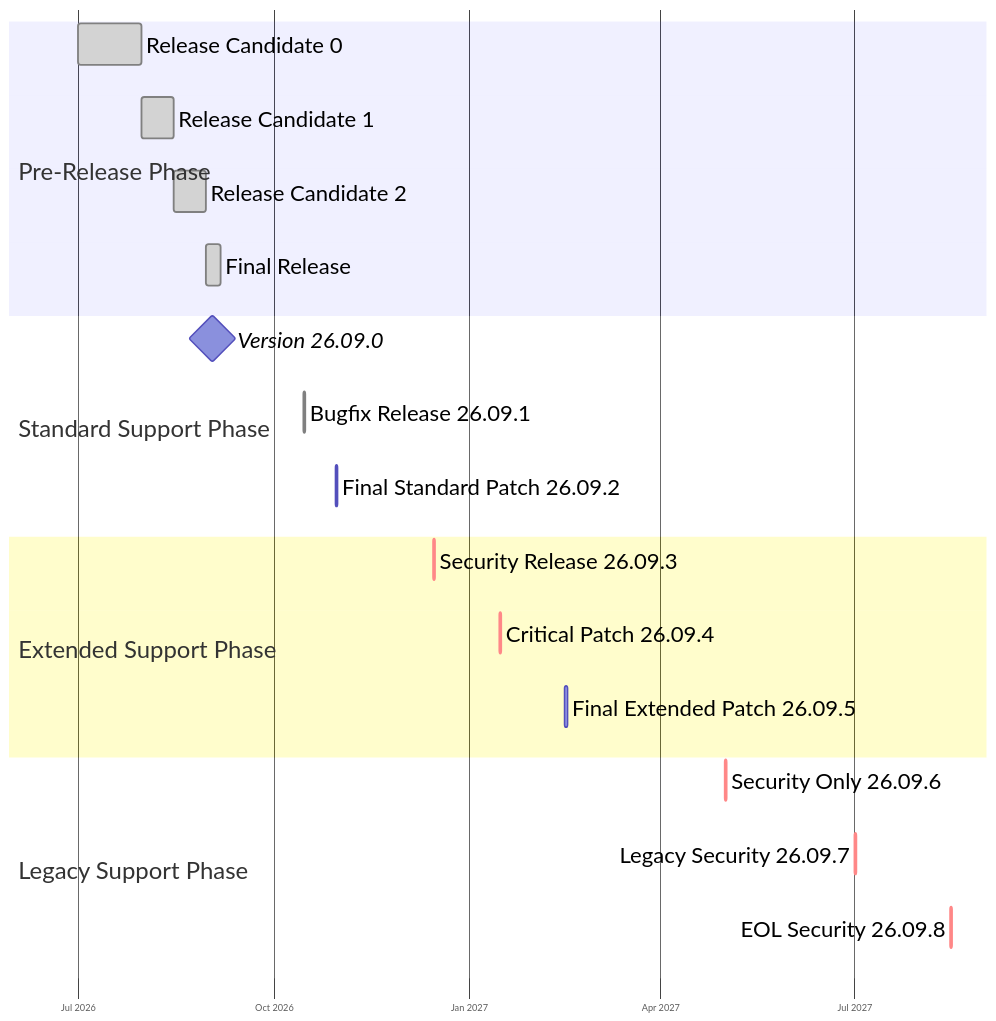
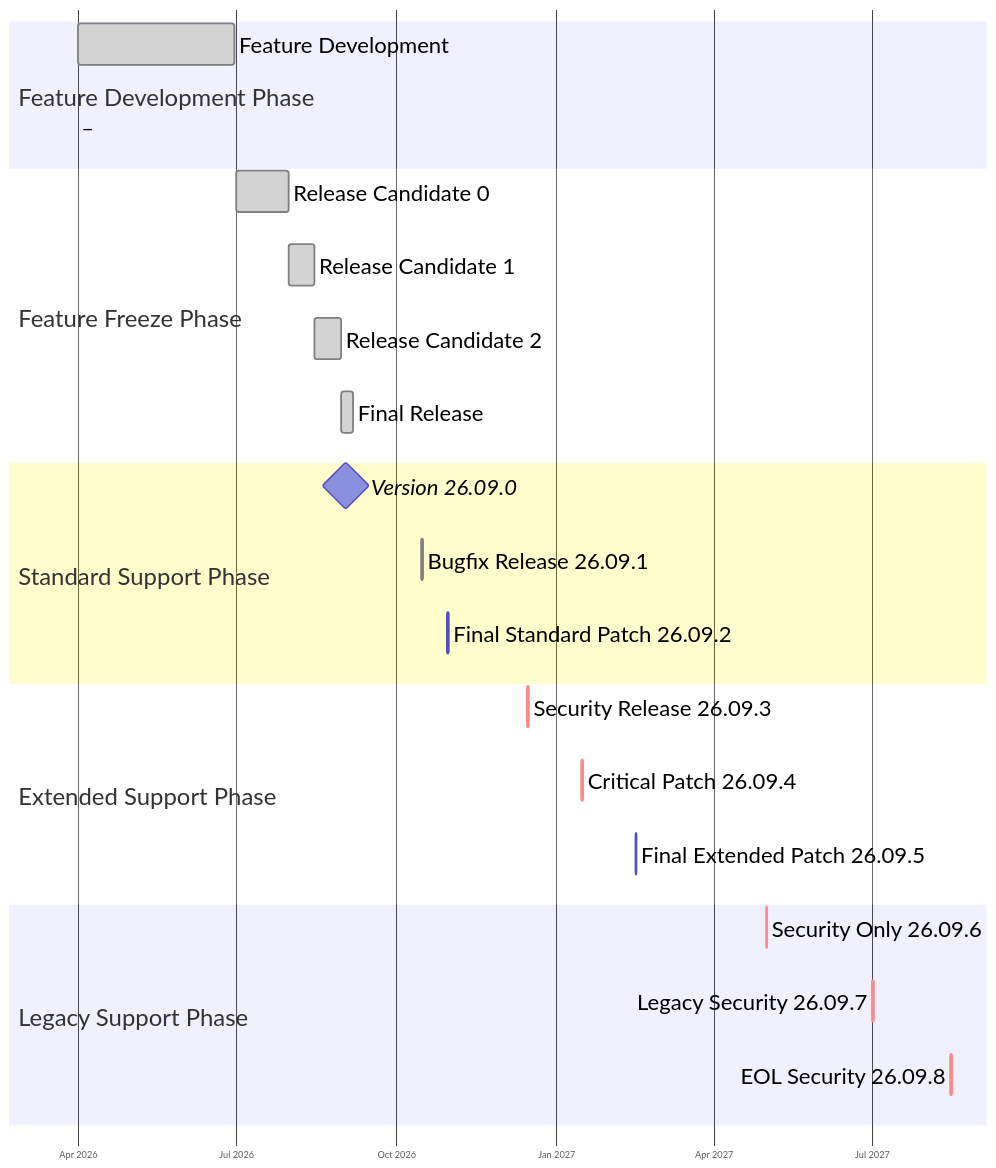
Before and after one commit to sequentech/step: the third of 4 diagrams in docs/docusaurus/docs/reference/product_lifecycle_and_release_cadence.md, drawn with Mermaid. The commit also changed other lines of this file, not shown here.

````diff
--- a/docs/docusaurus/docs/reference/product_lifecycle_and_release_cadence.md
+++ b/docs/docusaurus/docs/reference/product_lifecycle_and_release_cadence.md
@@ -273,61 +273,70 @@
 ```mermaid
 ---
 config:
     logLevel: 'debug'
     theme: 'default'
     themeCSS: " \n
         .taskText { font-size: 14px; font-weight: 500; }
+        rect[id^=feat_dev] { fill: #2de8b9; stroke-width: 3px; stroke: #2de8b9; }
+        text[id^=feat_dev] { fill: #0f054c !important; font-size: 20px; font-weight: 600; }
+        text[id^=feat_blank] { opacity: 0; }
         rect[id^=rc_] { fill: #ff9500; stroke-width: 3px; stroke: #cc7700; }
         text[id^=rc_] { fill: #0f054c !important; font-size: 20px; font-weight: 600; }
         rect[id^=final_] { fill: #0f054c; stroke-width: 4px; stroke: #0a0339; }
         text[id^=final_] { fill: #0f054c !important; font-size: 22px; font-weight: 700; }
         rect[id^=patch_] { fill: #2de8b9; stroke-width: 3px; stroke: #24c7a0; }
         text[id^=patch_] { fill: #0f054c !important; font-size: 20px; font-weight: 600; }
         rect[id^=security_] { fill: #e63946; stroke-width: 4px; stroke: #d62828; }
         text[id^=security_] { fill: #0f054c !important; font-size: 20px; font-weight: 700; }
         .sectionTitle { stroke: white; paint-order: stroke fill; fill: #0f054c; stroke-width: 8px; font-size: 28px; }
         g[class=tick] text { font-size: 18px; }
 
         /*** section backgrounds ***/
-        .section0 { fill: #fff2e6; opacity: 0.3; }
-        .section1 { fill: #6666ff7d; opacity: 0.5; }
-        .section2 { fill: #fff400; opacity: 0.2; stroke: none; }
+        .section0 { fill: #2de8b9; opacity: 0.2; }
+        .section1 { fill: #ff9500; opacity: 0.2; }
+        .section2 { fill: #6666ff7d; opacity: 0.5; }
+        .section3 { fill: #fff400; opacity: 0.2; stroke: none; }
+        .section4 { fill: #ffcccc; opacity: 0.3; }
     "
 ---
 %%{init:
     {
         "gantt": {
             "sectionFontSize": 26,
             "fontSize": 24,
             "barGap": 35,
             "barHeight": 45,
             "topPadding": 70
         }
     }
 }%%
 gantt
     dateFormat  YYYY-MM-DD
     axisFormat  %b %Y
     tickInterval 3month
     
-    section Pre-Release Phase
+    section Feature Development Phase
+    Feature Development     :done, feat_dev, 2026-04-01, 90d
+    _                        :done, feat_blank, 2026-04-01, 0
+    
+    section Feature Freeze Phase
     Release Candidate 0     :done, rc_0, 2026-07-01, 30d
     Release Candidate 1     :done, rc_1, after rc_0, 15d
     Release Candidate 2     :done, rc_2, after rc_1, 15d
     Final Release           :done, final_release, after rc_2, 7d
 
     section Standard Support Phase
     Version 26.09.0         :milestone, 2026-09-02, 0d
     Bugfix Release 26.09.1  :done, patch_1, 2026-10-15, 1d
     Final Standard Patch 26.09.2 :active, patch_2, 2026-10-30, 1d
     
     section Extended Support Phase
     Security Release 26.09.3 :crit, sec3, 2026-12-15, 1d
     Critical Patch 26.09.4   :crit, patch_4, 2027-01-15, 1d
     Final Extended Patch 26.09.5 :active, patch_5, 2027-02-15, 1d
     
     section Legacy Support Phase
     Security Only 26.09.6    :crit, sec6, 2027-05-01, 1d
     Legacy Security 26.09.7   :crit, sec7, 2027-07-01, 1d
     EOL Security 26.09.8     :crit, sec8, 2027-08-15, 1d
 ```
````
